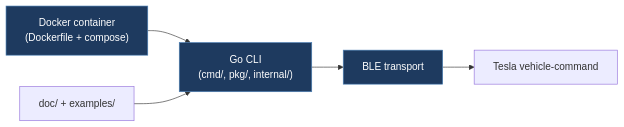
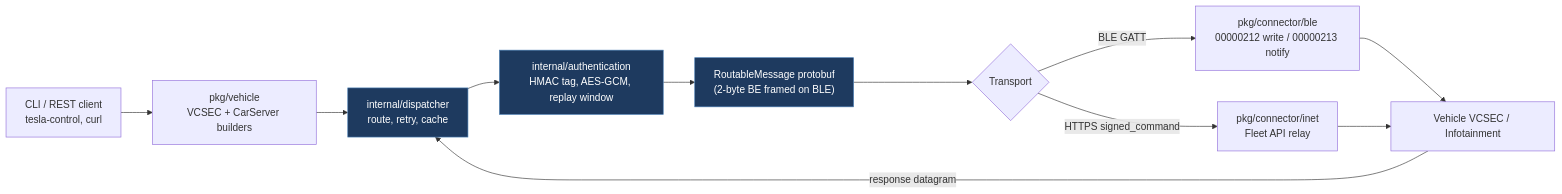
Before and after one commit to babico/TeslaCANModder: the first of 4 diagrams in docs/legacy/sethterashima-vehicle-command.md, drawn with Mermaid. The commit also changed other lines of this file and 99 other files, not shown here.

````diff
--- a/docs/legacy/sethterashima-vehicle-command.md
+++ b/docs/legacy/sethterashima-vehicle-command.md
@@ -14,9 +67,15 @@
 ```mermaid
 flowchart LR
-    Docker["Docker container<br/>(Dockerfile + compose)"] --> Go["Go CLI<br/>(cmd/, pkg/, internal/)"]
-    Go --> BLE["BLE transport"]
-    BLE --> Car["Tesla vehicle-command"]
-    Doc["doc/ + examples/"] --> Go
-    classDef path fill:#1e3a5f,stroke:#4a7fb5,color:#fff
-    class Docker,Go,BLE path
+    APP["CLI / REST client<br/>tesla-control, curl"] --> CMD["pkg/vehicle<br/>VCSEC + CarServer builders"]
+    CMD --> DISP["internal/dispatcher<br/>route, retry, cache"]
+    DISP --> AUTH["internal/authentication<br/>HMAC tag, AES-GCM, replay window"]
+    AUTH --> MSG["RoutableMessage protobuf<br/>(2-byte BE framed on BLE)"]
+    MSG --> TRANS{"Transport"}
+    TRANS -->|BLE GATT| BLE["pkg/connector/ble<br/>00000212 write / 00000213 notify"]
+    TRANS -->|HTTPS signed_command| INET["pkg/connector/inet<br/>Fleet API relay"]
+    BLE --> CAR["Vehicle VCSEC / Infotainment"]
+    INET --> CAR
+    CAR -->|response datagram| DISP
+    classDef core fill:#1e3a5f,stroke:#4a7fb5,color:#fff
+    class DISP,AUTH,MSG core
 ```
````
